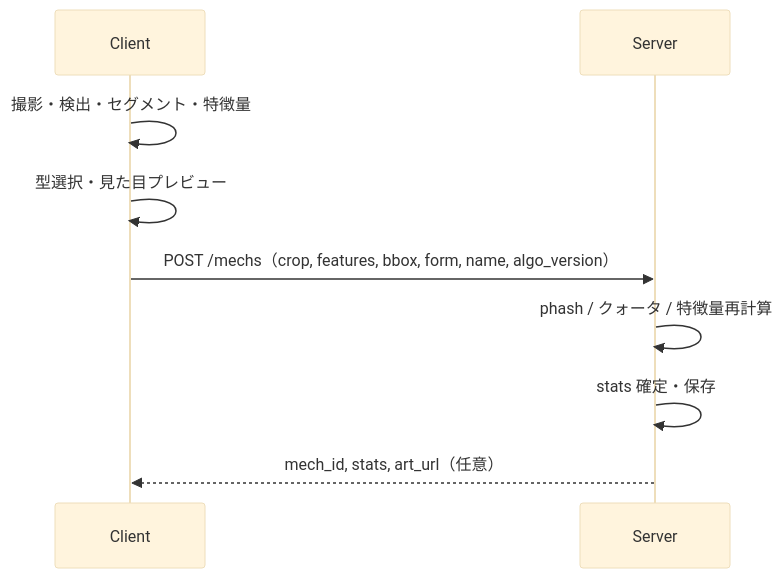
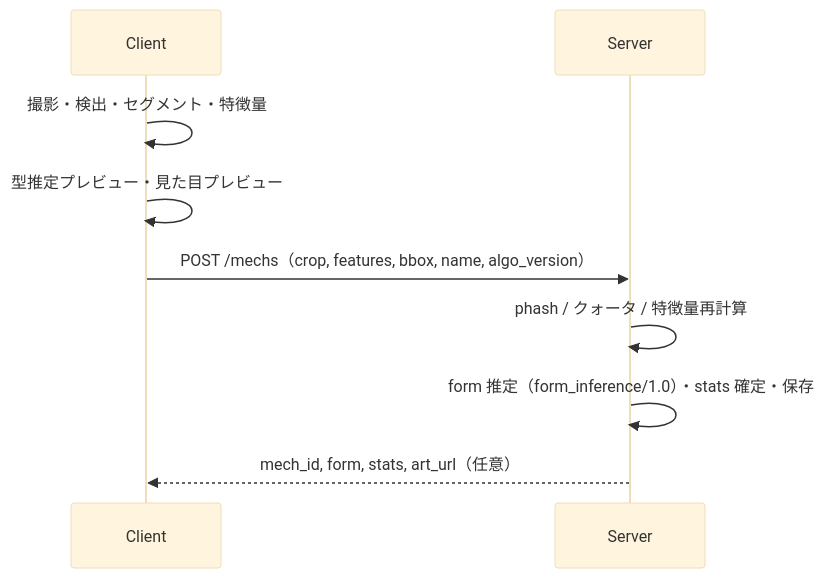
Before and after one commit to hawkymisc/photo-mecha-battle: the first of 2 diagrams in docs/09_lightweight_server_architecture.md, drawn with Mermaid (base theme). The commit also changed other lines of this file and 8 other files, not shown here.

````diff
--- a/docs/09_lightweight_server_architecture.md
+++ b/docs/09_lightweight_server_architecture.md
@@ -118,12 +121,12 @@
 ```mermaid
 sequenceDiagram
     participant C as Client
     participant S as Server
 
     C->>C: 撮影・検出・セグメント・特徴量
-    C->>C: 型選択・見た目プレビュー
-    C->>S: POST /mechs（crop, features, bbox, form, name, algo_version）
+    C->>C: 型推定プレビュー・見た目プレビュー
+    C->>S: POST /mechs（crop, features, bbox, name, algo_version）
     S->>S: phash / クォータ / 特徴量再計算
-    S->>S: stats 確定・保存
-    S-->>C: mech_id, stats, art_url（任意）
+    S->>S: form 推定（form_inference/1.0）・stats 確定・保存
+    S-->>C: mech_id, form, stats, art_url（任意）
 ```
````
